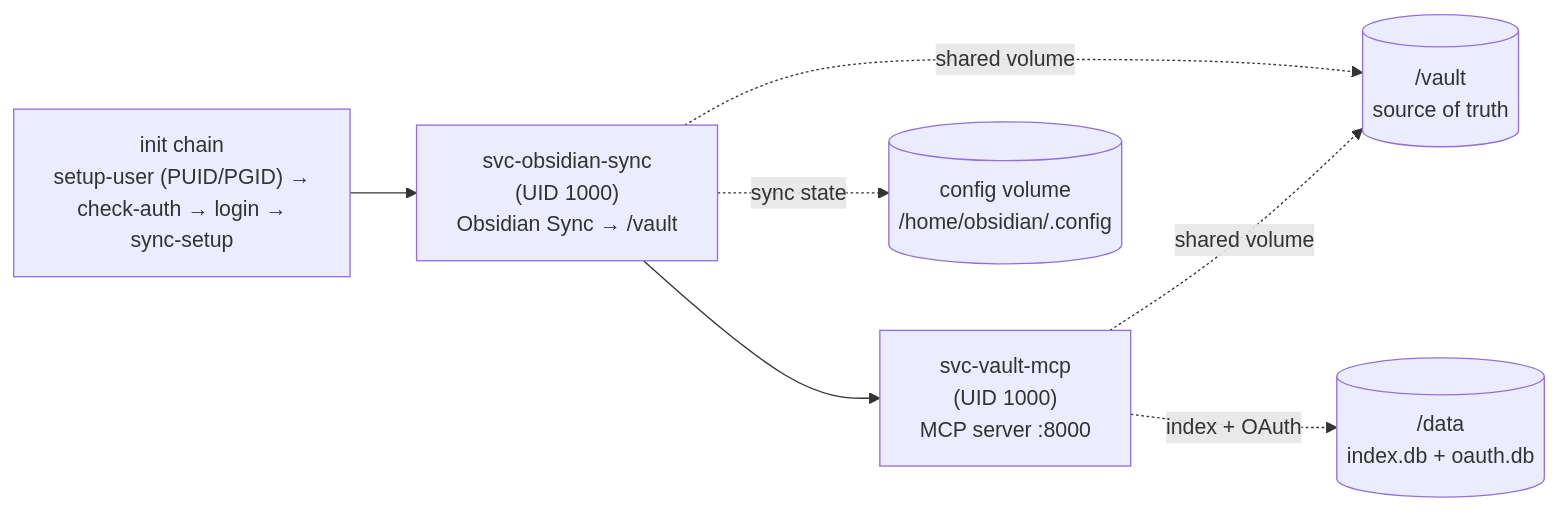
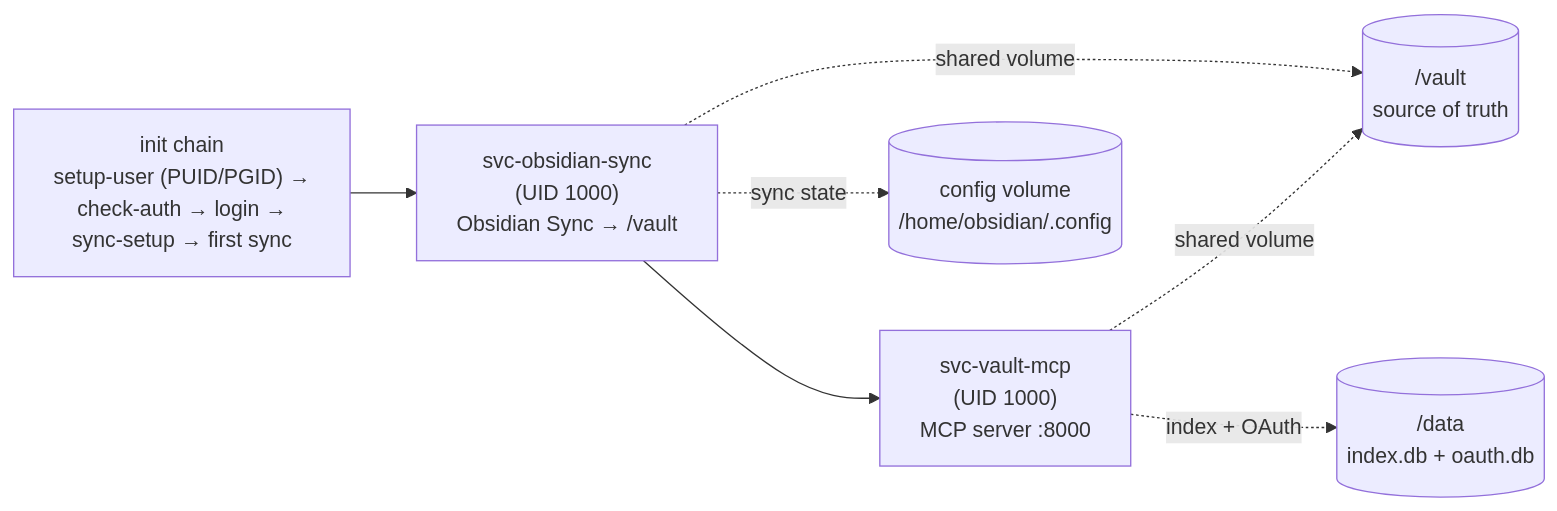
Before and after one commit to aliasunder/vault-cortex: the fifth of 5 diagrams in ARCHITECTURE.md, drawn with Mermaid. The commit also changed other lines of this file and 23 other files, not shown here.

First line of the commit message:
fix(remote): gate service startup on first-sync completion (#440) (#441)

````diff
--- a/ARCHITECTURE.md
+++ b/ARCHITECTURE.md
@@ -623,9 +623,9 @@
 ```mermaid
 graph LR
-    A["init chain<br/>setup-user (PUID/PGID) →<br/>check-auth → login →<br/>sync-setup"] --> B["svc-obsidian-sync<br/>(UID 1000)<br/>Obsidian Sync → /vault"]
+    A["init chain<br/>setup-user (PUID/PGID) →<br/>check-auth → login →<br/>sync-setup → first sync"] --> B["svc-obsidian-sync<br/>(UID 1000)<br/>Obsidian Sync → /vault"]
     B --> C["svc-vault-mcp<br/>(UID 1000)<br/>MCP server :8000"]
     B -.->|shared volume| D[("/vault<br/>source of truth")]
     C -.->|shared volume| D
     C -.->|index + OAuth| E[("/data<br/>index.db + oauth.db")]
     B -.->|sync state| F[("config volume<br/>/home/obsidian/.config")]
 ```
````
